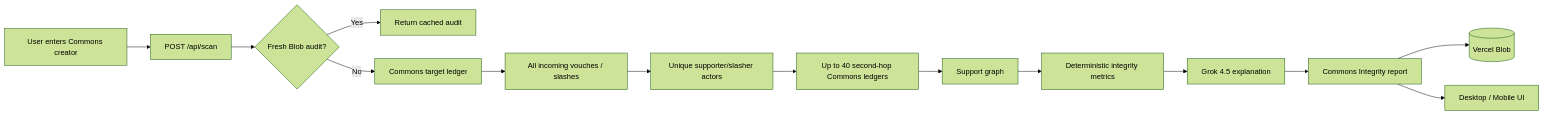
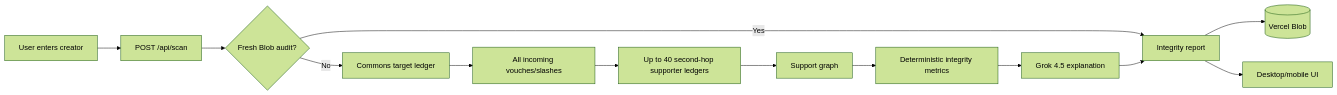
One commit to mssystem1/x-account-authentication-for-commons- changed the first of 2 diagrams in README.md. Above: the diagram before and after it, drawn with Mermaid (forest theme). The commit also changed other lines of this file, not shown here.

Commit message:
Document Commons integrity v2 product and rank-dependence analysis

````diff
--- a/README.md
+++ b/README.md
@@ -64,16 +60,15 @@
 ```mermaid
 flowchart LR
-    U[User enters Commons creator] --> API[POST /api/scan]
+    U[User enters creator] --> API[POST /api/scan]
     API --> C{Fresh Blob audit?}
     C -->|Yes| R[Return cached audit]
     C -->|No| TL[Commons target ledger]
-    TL --> EVENTS[All incoming vouches / slashes]
-    EVENTS --> ACTORS[Unique supporter/slasher actors]
-    ACTORS --> SECOND[Up to 40 second-hop Commons ledgers]
-    SECOND --> GRAPH[Support graph]
-    GRAPH --> METRICS[Deterministic integrity metrics]
-    METRICS --> GROK[Grok 4.5 explanation]
-    GROK --> RESULT[Commons Integrity report]
-    RESULT --> STORE[(Vercel Blob)]
-    RESULT --> UI[Desktop / Mobile UI]
+    TL --> E[All incoming vouches/slashes]
+    E --> SH[Up to 40 second-hop supporter ledgers]
+    SH --> G[Support graph]
+    G --> M[Deterministic integrity metrics]
+    M --> AI[Grok 4.5 explanation]
+    AI --> R[Integrity report]
+    R --> B[(Vercel Blob)]
+    R --> UI[Desktop/mobile UI]
 ```
````
